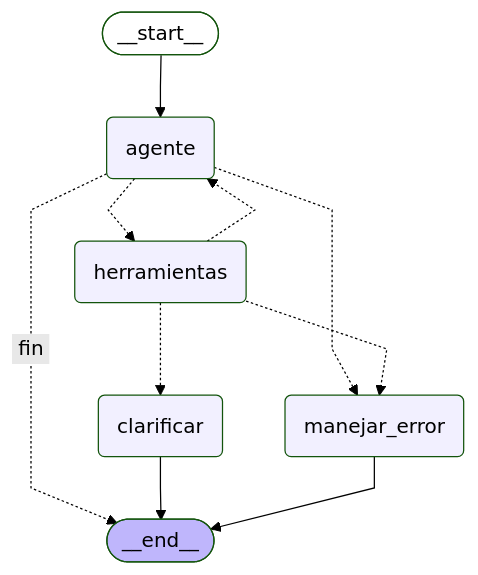
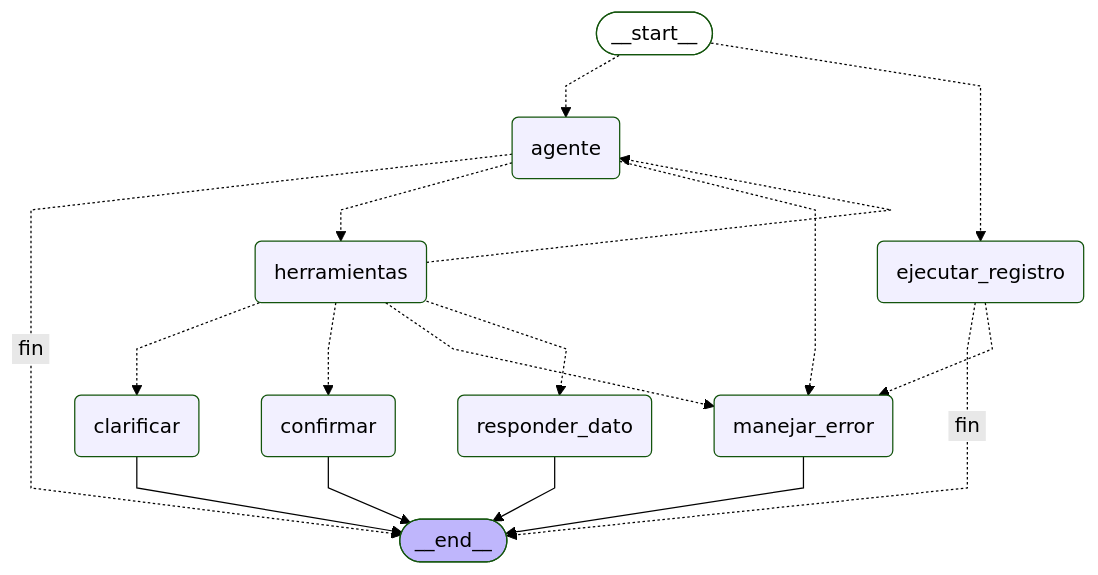
One commit to Redevil15/car-detailing-voice-agent changed the diagram in docs/agente.mmd. Above: the diagram before and after it, drawn with Mermaid (forest theme). The commit also changed 3 other files, not shown here.

```diff
--- a/docs/agente.mmd
+++ b/docs/agente.mmd
@@ -1,24 +1,34 @@
 ---
 config:
   flowchart:
     curve: linear
 ---
 graph TD;
 	__start__([<p>__start__</p>]):::first
 	agente(agente)
 	herramientas(herramientas)
 	clarificar(clarificar)
 	manejar_error(manejar_error)
+	confirmar(confirmar)
+	responder_dato(responder_dato)
+	ejecutar_registro(ejecutar_registro)
 	__end__([<p>__end__</p>]):::last
-	__start__ --> agente;
+	__start__ -.-> agente;
+	__start__ -.-> ejecutar_registro;
 	agente -. &nbsp;fin&nbsp; .-> __end__;
 	agente -.-> herramientas;
 	agente -.-> manejar_error;
+	ejecutar_registro -. &nbsp;fin&nbsp; .-> __end__;
+	ejecutar_registro -.-> manejar_error;
 	herramientas -.-> agente;
 	herramientas -.-> clarificar;
+	herramientas -.-> confirmar;
 	herramientas -.-> manejar_error;
+	herramientas -.-> responder_dato;
 	clarificar --> __end__;
+	confirmar --> __end__;
 	manejar_error --> __end__;
+	responder_dato --> __end__;
 	classDef default fill:#f2f0ff,line-height:1.2
 	classDef first fill-opacity:0
 	classDef last fill:#bfb6fc
```
